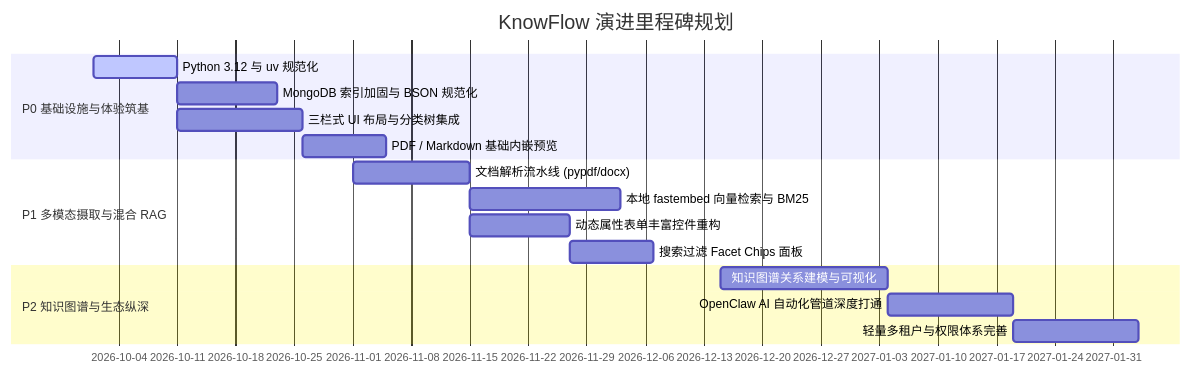
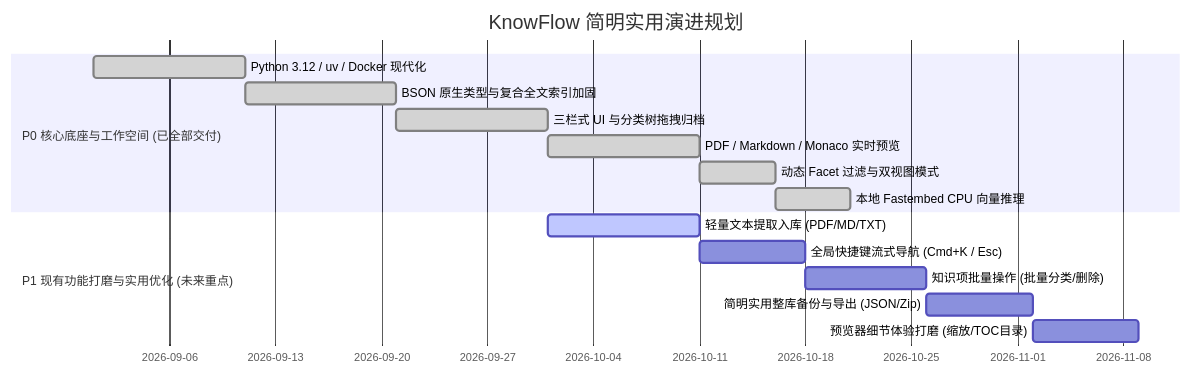
The third of 3 diagrams in docs/product_research_and_plan.md (mcocdaa/KnowFlow), drawn with Mermaid before and after one commit. The commit also changed other lines of this file and 1 other file, not shown here.

First line of the commit message:
docs & chore: update product roadmap and set dependabot to monthly (#52)

````diff
--- a/docs/product_research_and_plan.md
+++ b/docs/product_research_and_plan.md
@@ -618,19 +611,18 @@
 ```mermaid
 gantt
-    title KnowFlow 演进里程碑规划
+    title KnowFlow 简明实用演进规划
     dateFormat  YYYY-MM-DD
-    section P0 基础设施与体验筑基
-    Python 3.12 与 uv 规范化         :active, p0_1, 2026-10-01, 10d
-    MongoDB 索引加固与 BSON 规范化   :p0_2, after p0_1, 12d
-    三栏式 UI 布局与分类树集成       :p0_3, after p0_1, 15d
-    PDF / Markdown 基础内嵌预览      :p0_4, after p0_3, 10d
-    section P1 多模态摄取与混合 RAG
-    文档解析流水线 (pypdf/docx)      :p1_1, 2026-11-01, 14d
-    本地 fastembed 向量检索与 BM25   :p1_2, after p1_1, 18d
-    动态属性表单丰富控件重构         :p1_3, after p1_1, 12d
-    搜索过滤 Facet Chips 面板        :p1_4, after p1_3, 10d
-    section P2 知识图谱与生态纵深
-    知识图谱关系建模与可视化         :p2_1, 2026-12-15, 20d
-    OpenClaw AI 自动化管道深度打通   :p2_2, after p2_1, 15d
-    轻量多租户与权限体系完善         :p2_3, after p2_2, 15d
+    section P0 核心底座与工作空间 (已全部交付)
+    Python 3.12 / uv / Docker 现代化 :done, p0_1, 2026-09-01, 10d
+    BSON 原生类型与复合全文索引加固 :done, p0_2, after p0_1, 10d
+    三栏式 UI 与分类树拖拽归档       :done, p0_3, after p0_2, 10d
+    PDF / Markdown / Monaco 实时预览 :done, p0_4, after p0_3, 10d
+    动态 Facet 过滤与双视图模式      :done, p0_5, after p0_4, 5d
+    本地 Fastembed CPU 向量推理      :done, p0_6, after p0_5, 5d
+    section P1 现有功能打磨与实用优化 (未来重点)
+    轻量文本提取入库 (PDF/MD/TXT)    :active, p1_1, 2026-10-01, 10d
+    全局快捷键流式导航 (Cmd+K / Esc) :p1_2, after p1_1, 7d
+    知识项批量操作 (批量分类/删除)   :p1_3, after p1_2, 8d
+    简明实用整库备份与导出 (JSON/Zip):p1_4, after p1_3, 7d
+    预览器细节体验打磨 (缩放/TOC目录):p1_5, after p1_4, 7d
 ```
````
